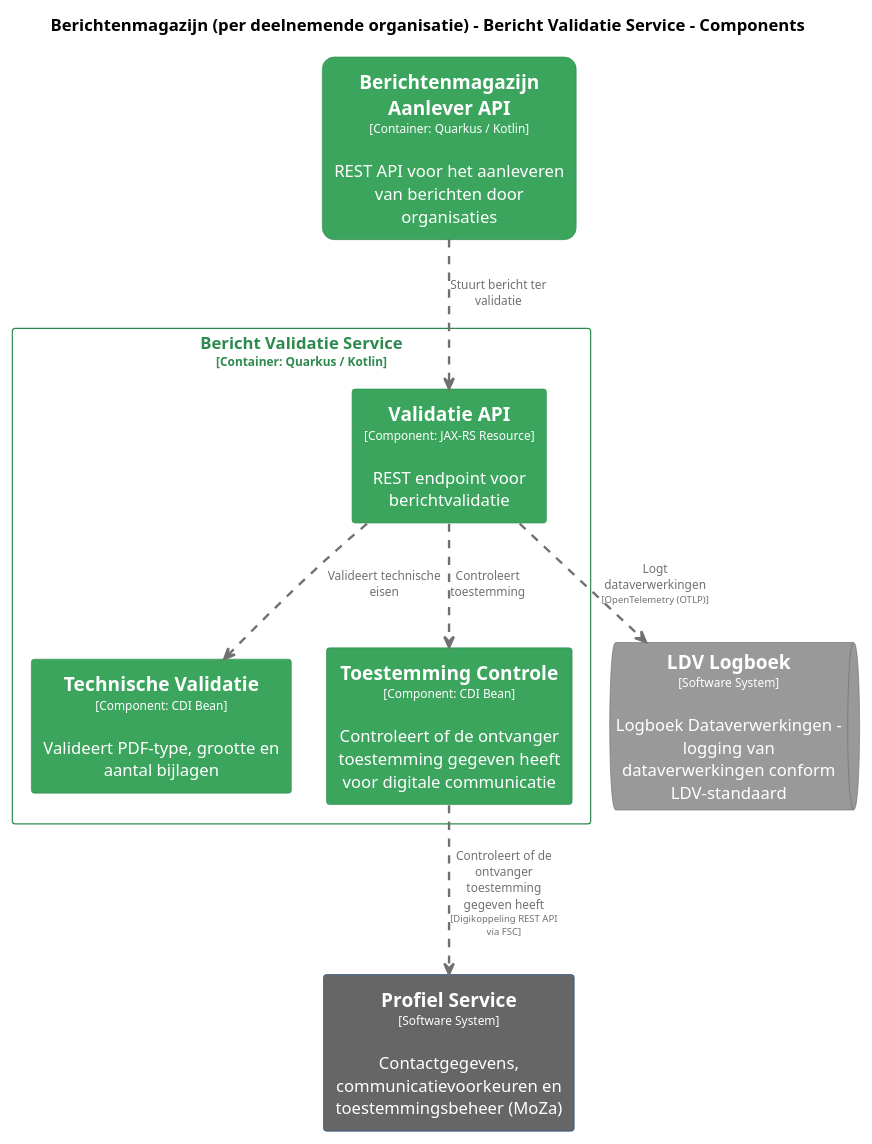
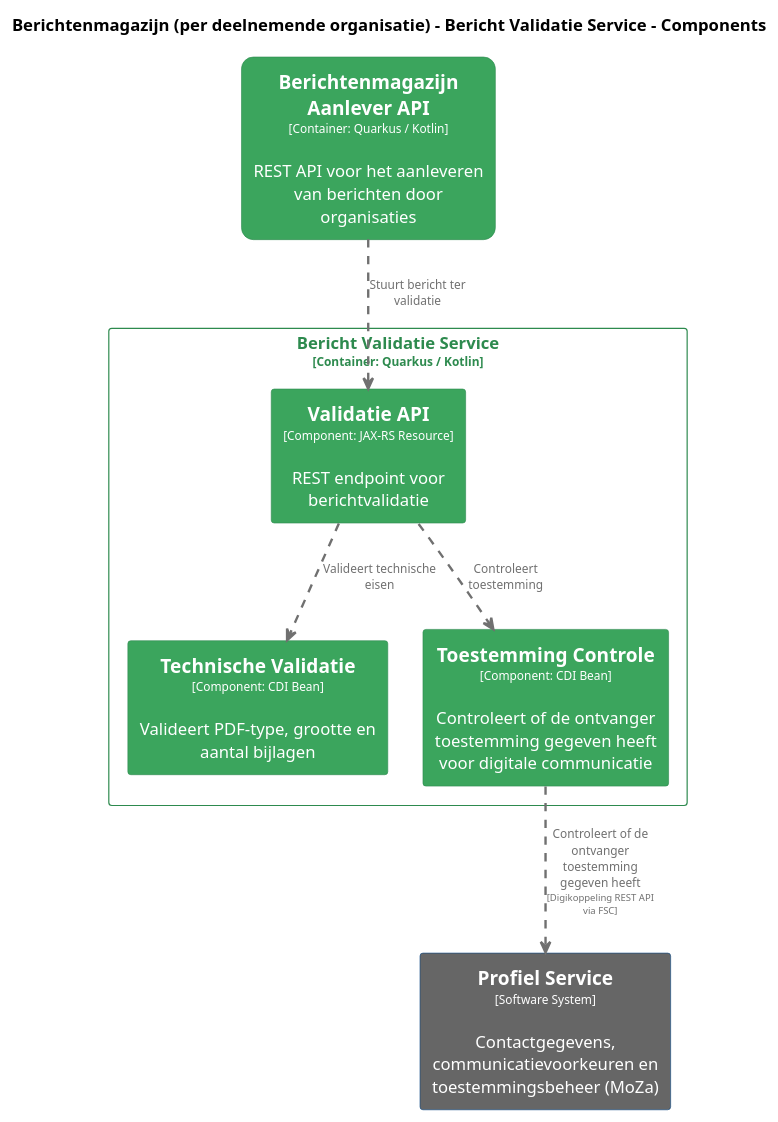
One commit to MinBZK/moza-poc-fbs-berichtenbox changed the diagram in pr-preview/pr-22/master/puml/BerichtValidatieComponenten.puml. Above: the diagram before and after it, drawn with PlantUML. The commit also changed 53 other files, not shown here.

```diff
--- a/pr-preview/pr-22/master/puml/BerichtValidatieComponenten.puml
+++ b/pr-preview/pr-22/master/puml/BerichtValidatieComponenten.puml
@@ -1,76 +1,68 @@
 @startuml
 set separator none
 title Berichtenmagazijn (per deelnemende organisatie) - Bericht Validatie Service - Components
 
 top to bottom direction
 skinparam ranksep 60
 skinparam nodesep 30
 
 skinparam {
   arrowFontSize 10
   defaultTextAlignment center
   wrapWidth 200
   maxMessageSize 100
 }
 
 hide stereotype
 
 skinparam rectangle<<Berichtenmagazijnperdeelnemendeorganisatie.BerichtenmagazijnAanleverAPI>> {
   BackgroundColor #3ba55d
   FontColor #ffffff
   BorderColor #2d8a4e
   roundCorner 20
-  shadowing false
-}
-skinparam queue<<LDVLogboek>> {
-  BackgroundColor #999999
-  FontColor #ffffff
-  BorderColor #6b6b6b
   shadowing false
 }
 skinparam rectangle<<ProfielService>> {
   BackgroundColor #666666
   FontColor #ffffff
   BorderColor #0b4884
   shadowing false
 }
 skinparam rectangle<<Berichtenmagazijnperdeelnemendeorganisatie.BerichtValidatieService.TechnischeValidatie>> {
   BackgroundColor #3ba55d
   FontColor #ffffff
   BorderColor #2d8a4e
   shadowing false
 }
 skinparam rectangle<<Berichtenmagazijnperdeelnemendeorganisatie.BerichtValidatieService.ToestemmingControle>> {
   BackgroundColor #3ba55d
   FontColor #ffffff
   BorderColor #2d8a4e
   shadowing false
 }
 skinparam rectangle<<Berichtenmagazijnperdeelnemendeorganisatie.BerichtValidatieService.ValidatieAPI>> {
   BackgroundColor #3ba55d
   FontColor #ffffff
   BorderColor #2d8a4e
   shadowing false
 }
 skinparam rectangle<<Berichtenmagazijnperdeelnemendeorganisatie.BerichtValidatieService>> {
   BorderColor #2d8a4e
   FontColor #2d8a4e
   shadowing false
 }
 
 rectangle "==Profiel Service\n<size:10>[Software System]</size>\n\nContactgegevens, communicatievoorkeuren en toestemmingsbeheer (MoZa)" <<ProfielService>> as ProfielService
 rectangle "==Berichtenmagazijn Aanlever API\n<size:10>[Container: Quarkus / Kotlin]</size>\n\nREST API voor het aanleveren van berichten door organisaties" <<Berichtenmagazijnperdeelnemendeorganisatie.BerichtenmagazijnAanleverAPI>> as Berichtenmagazijnperdeelnemendeorganisatie.BerichtenmagazijnAanleverAPI
-queue "==LDV Logboek\n<size:10>[Software System]</size>\n\nLogboek Dataverwerkingen - logging van dataverwerkingen conform LDV-standaard" <<LDVLogboek>> as LDVLogboek
 
 rectangle "Bericht Validatie Service\n<size:10>[Container: Quarkus / Kotlin]</size>" <<Berichtenmagazijnperdeelnemendeorganisatie.BerichtValidatieService>> {
   rectangle "==Validatie API\n<size:10>[Component: JAX-RS Resource]</size>\n\nREST endpoint voor berichtvalidatie" <<Berichtenmagazijnperdeelnemendeorganisatie.BerichtValidatieService.ValidatieAPI>> as Berichtenmagazijnperdeelnemendeorganisatie.BerichtValidatieService.ValidatieAPI
   rectangle "==Technische Validatie\n<size:10>[Component: CDI Bean]</size>\n\nValideert PDF-type, grootte en aantal bijlagen" <<Berichtenmagazijnperdeelnemendeorganisatie.BerichtValidatieService.TechnischeValidatie>> as Berichtenmagazijnperdeelnemendeorganisatie.BerichtValidatieService.TechnischeValidatie
   rectangle "==Toestemming Controle\n<size:10>[Component: CDI Bean]</size>\n\nControleert of de ontvanger toestemming gegeven heeft voor digitale communicatie" <<Berichtenmagazijnperdeelnemendeorganisatie.BerichtValidatieService.ToestemmingControle>> as Berichtenmagazijnperdeelnemendeorganisatie.BerichtValidatieService.ToestemmingControle
 }
 
 Berichtenmagazijnperdeelnemendeorganisatie.BerichtValidatieService.ToestemmingControle .[#707070,thickness=2].> ProfielService : "<color:#707070>Controleert of de ontvanger toestemming gegeven heeft\n<color:#707070><size:8>[Digikoppeling REST API via FSC]</size>"
-Berichtenmagazijnperdeelnemendeorganisatie.BerichtValidatieService.ValidatieAPI .[#707070,thickness=2].> LDVLogboek : "<color:#707070>Logt dataverwerkingen\n<color:#707070><size:8>[OpenTelemetry (OTLP)]</size>"
 Berichtenmagazijnperdeelnemendeorganisatie.BerichtValidatieService.ValidatieAPI .[#707070,thickness=2].> Berichtenmagazijnperdeelnemendeorganisatie.BerichtValidatieService.TechnischeValidatie : "<color:#707070>Valideert technische eisen"
 Berichtenmagazijnperdeelnemendeorganisatie.BerichtValidatieService.ValidatieAPI .[#707070,thickness=2].> Berichtenmagazijnperdeelnemendeorganisatie.BerichtValidatieService.ToestemmingControle : "<color:#707070>Controleert toestemming"
 Berichtenmagazijnperdeelnemendeorganisatie.BerichtenmagazijnAanleverAPI .[#707070,thickness=2].> Berichtenmagazijnperdeelnemendeorganisatie.BerichtValidatieService.ValidatieAPI : "<color:#707070>Stuurt bericht ter validatie"
 @enduml
```
